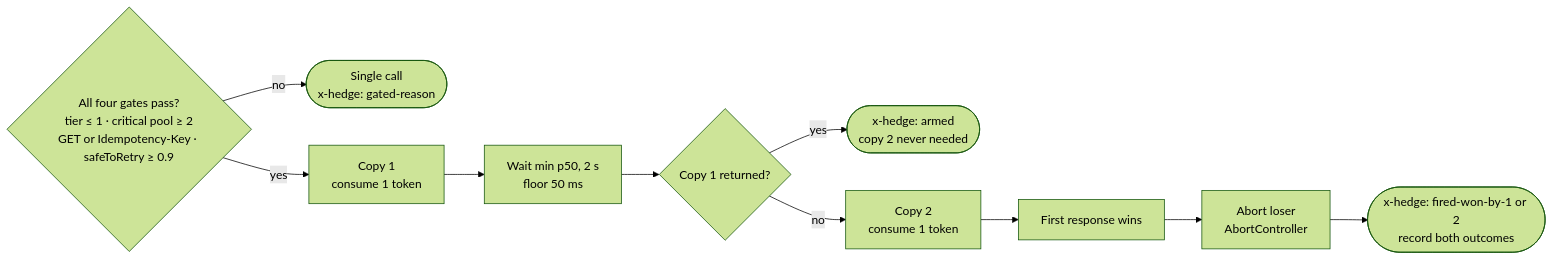
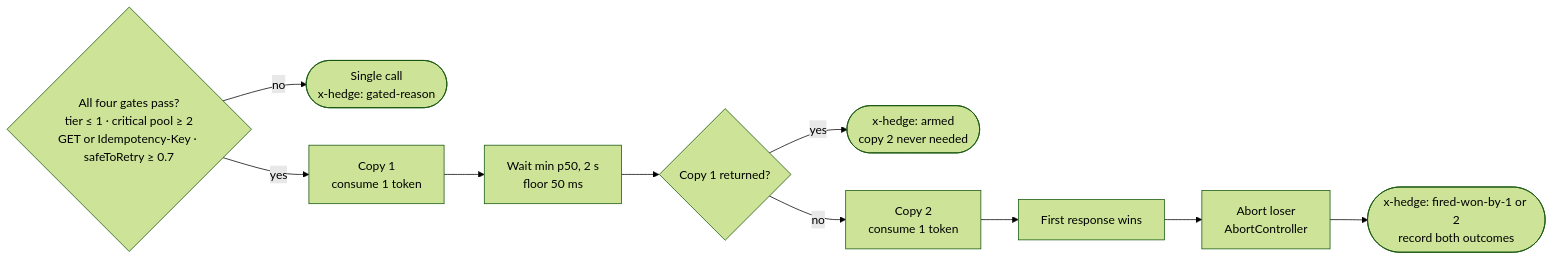
One commit to bharath-ramaprasad/infra-guardian changed the second of 4 diagrams in docs/data-plane.md. Above: the diagram before and after it, drawn with Mermaid (forest theme). The commit also changed other lines of this file and 34 other files, not shown here.

````diff
--- a/docs/data-plane.md
+++ b/docs/data-plane.md
@@ -42,18 +42,18 @@
 ```mermaid
 flowchart LR
-  GATES{All four gates pass?<br/>tier ≤ 1 · critical pool ≥ 2<br/>GET or Idempotency-Key · safeToRetry ≥ 0.9}
+  GATES{All four gates pass?<br/>tier ≤ 1 · critical pool ≥ 2<br/>GET or Idempotency-Key · safeToRetry ≥ 0.7}
   SINGLE([Single call<br/>x-hedge: gated-reason])
   C1["Copy 1<br/>consume 1 token"]
   TIMER["Wait min p50, 2 s<br/>floor 50 ms"]
   BACK{Copy 1 returned?}
   ONE([x-hedge: armed<br/>copy 2 never needed])
   C2["Copy 2<br/>consume 1 token"]
   RACE["First response wins"]
   ABORT["Abort loser<br/>AbortController"]
   WIN([x-hedge: fired-won-by-1 or 2<br/>record both outcomes])
 
   GATES -->|no| SINGLE
   GATES -->|yes| C1 --> TIMER --> BACK
   BACK -->|yes| ONE
   BACK -->|no| C2 --> RACE --> ABORT --> WIN
 ```
````
